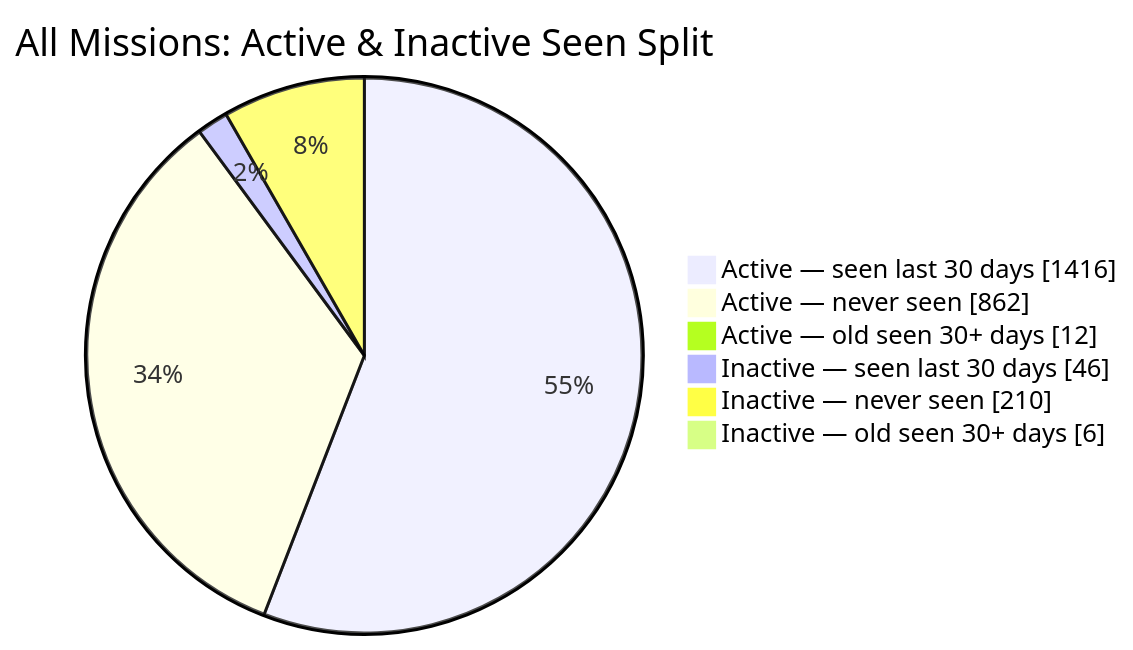
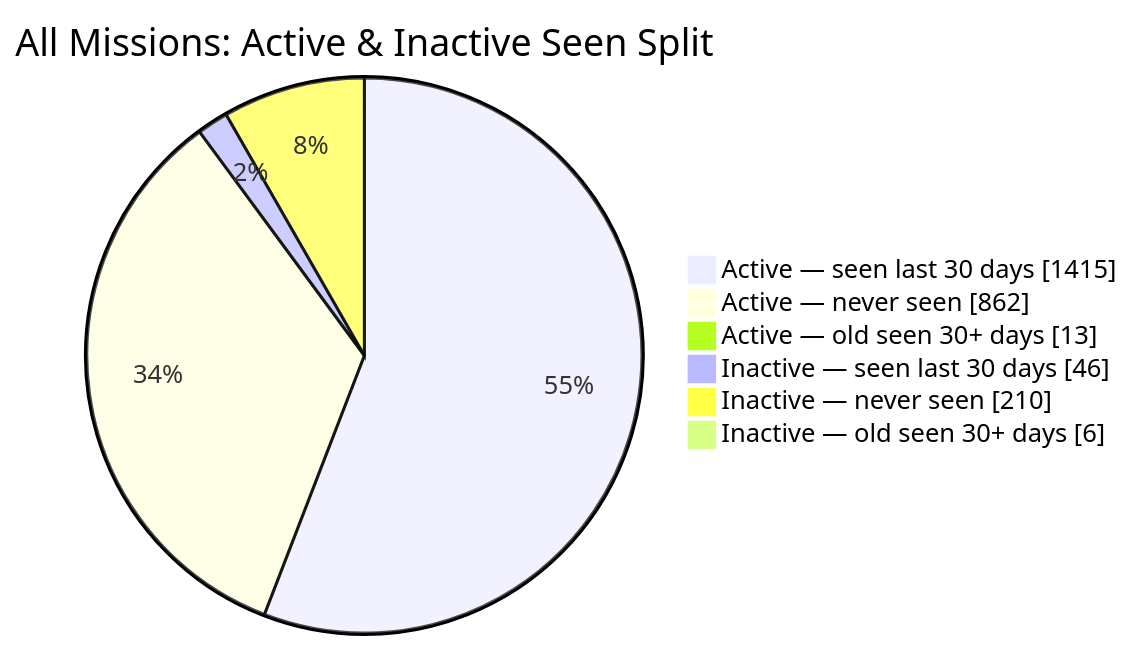
One commit to MeldkamerspelGameTeam/active-missions changed the second of 2 diagrams in README.md. Above: the diagram before and after it, drawn with Mermaid. The commit also changed other lines of this file and 3 other files, not shown here.

````diff
--- a/README.md
+++ b/README.md
@@ -44,10 +44,10 @@
 ```mermaid
 pie showData
     title All Missions: Active & Inactive Seen Split
-    "Active — seen last 30 days" : 1416
+    "Active — seen last 30 days" : 1415
     "Active — never seen" : 862
-    "Active — old seen 30+ days" : 12
+    "Active — old seen 30+ days" : 13
     "Inactive — seen last 30 days" : 46
     "Inactive — never seen" : 210
     "Inactive — old seen 30+ days" : 6
 ```
````
